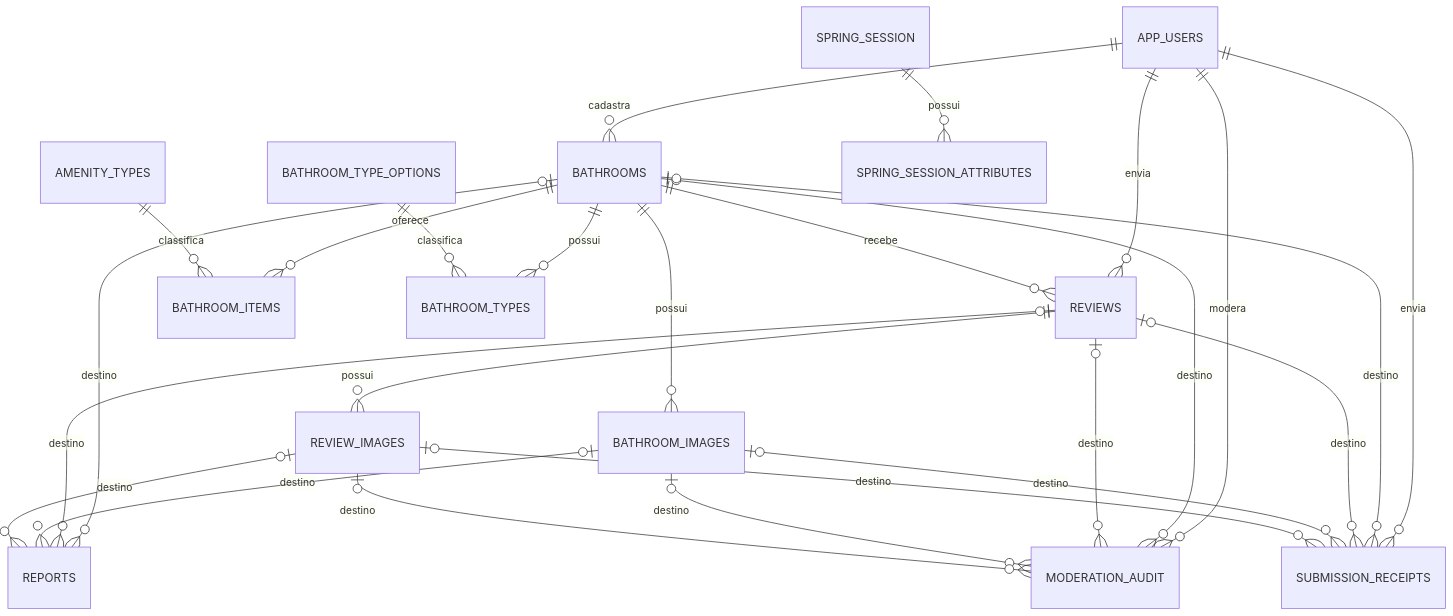
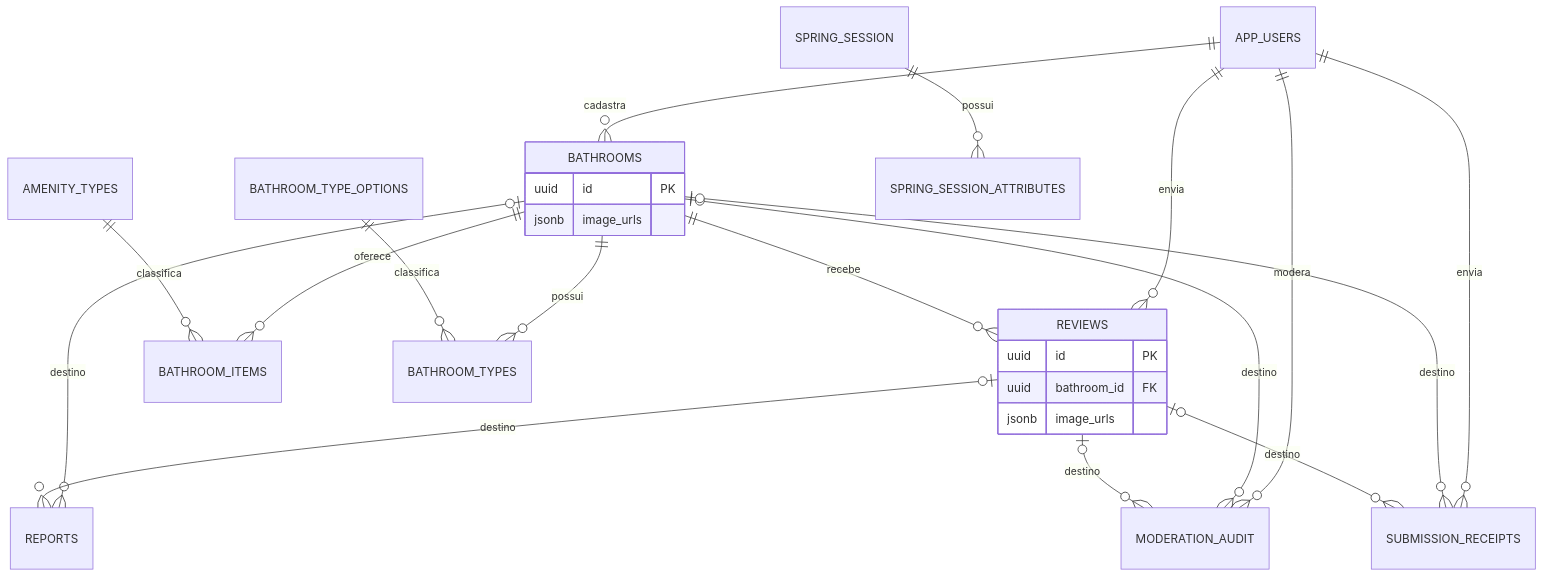
One commit to CRyanAlves/KHKI changed the diagram in database/relations.mmd. Above: the diagram before and after it, drawn with Mermaid. The commit also changed 122 other files, not shown here.

```diff
--- a/database/relations.mmd
+++ b/database/relations.mmd
@@ -1,25 +1,26 @@
 erDiagram
   APP_USERS ||--o{ BATHROOMS : cadastra
   APP_USERS ||--o{ REVIEWS : envia
   APP_USERS ||--o{ MODERATION_AUDIT : modera
   BATHROOMS ||--o{ REVIEWS : recebe
-  BATHROOMS ||--o{ BATHROOM_IMAGES : possui
-  REVIEWS ||--o{ REVIEW_IMAGES : possui
   BATHROOMS ||--o{ BATHROOM_ITEMS : oferece
   AMENITY_TYPES ||--o{ BATHROOM_ITEMS : classifica
   BATHROOMS ||--o{ BATHROOM_TYPES : possui
   BATHROOM_TYPE_OPTIONS ||--o{ BATHROOM_TYPES : classifica
   BATHROOMS o|--o{ REPORTS : destino
   REVIEWS o|--o{ REPORTS : destino
-  BATHROOM_IMAGES o|--o{ REPORTS : destino
-  REVIEW_IMAGES o|--o{ REPORTS : destino
   BATHROOMS o|--o{ MODERATION_AUDIT : destino
   REVIEWS o|--o{ MODERATION_AUDIT : destino
-  BATHROOM_IMAGES o|--o{ MODERATION_AUDIT : destino
-  REVIEW_IMAGES o|--o{ MODERATION_AUDIT : destino
   APP_USERS ||--o{ SUBMISSION_RECEIPTS : envia
   BATHROOMS o|--o{ SUBMISSION_RECEIPTS : destino
   REVIEWS o|--o{ SUBMISSION_RECEIPTS : destino
-  BATHROOM_IMAGES o|--o{ SUBMISSION_RECEIPTS : destino
-  REVIEW_IMAGES o|--o{ SUBMISSION_RECEIPTS : destino
   SPRING_SESSION ||--o{ SPRING_SESSION_ATTRIBUTES : possui
+  BATHROOMS {
+    uuid id PK
+    jsonb image_urls
+  }
+  REVIEWS {
+    uuid id PK
+    uuid bathroom_id FK
+    jsonb image_urls
+  }
```
